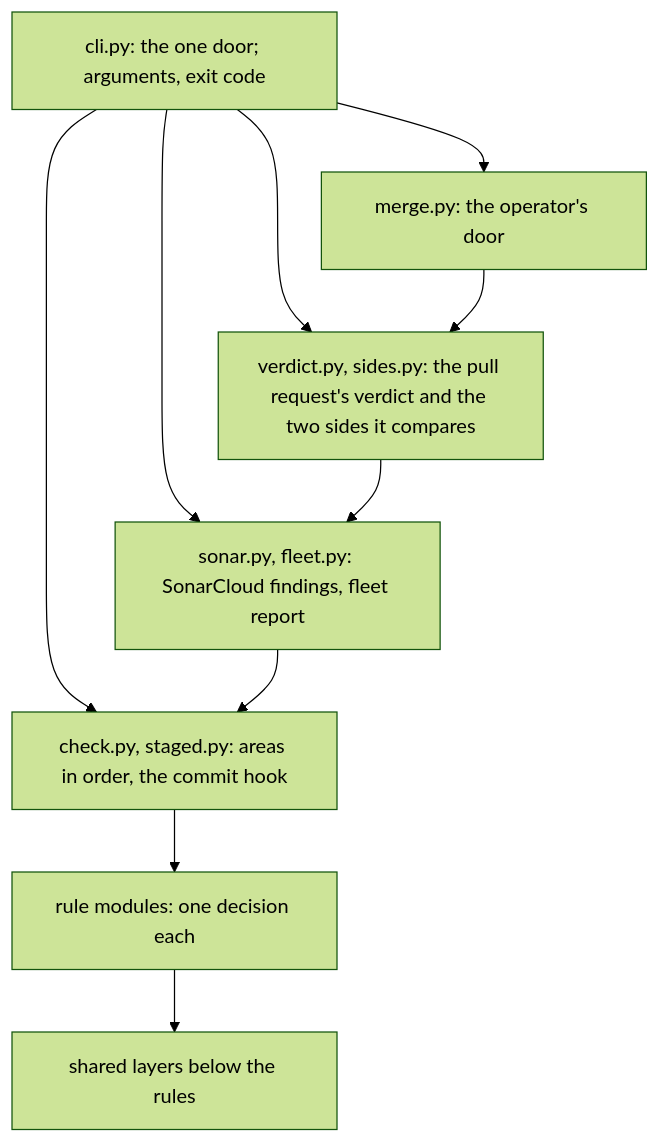
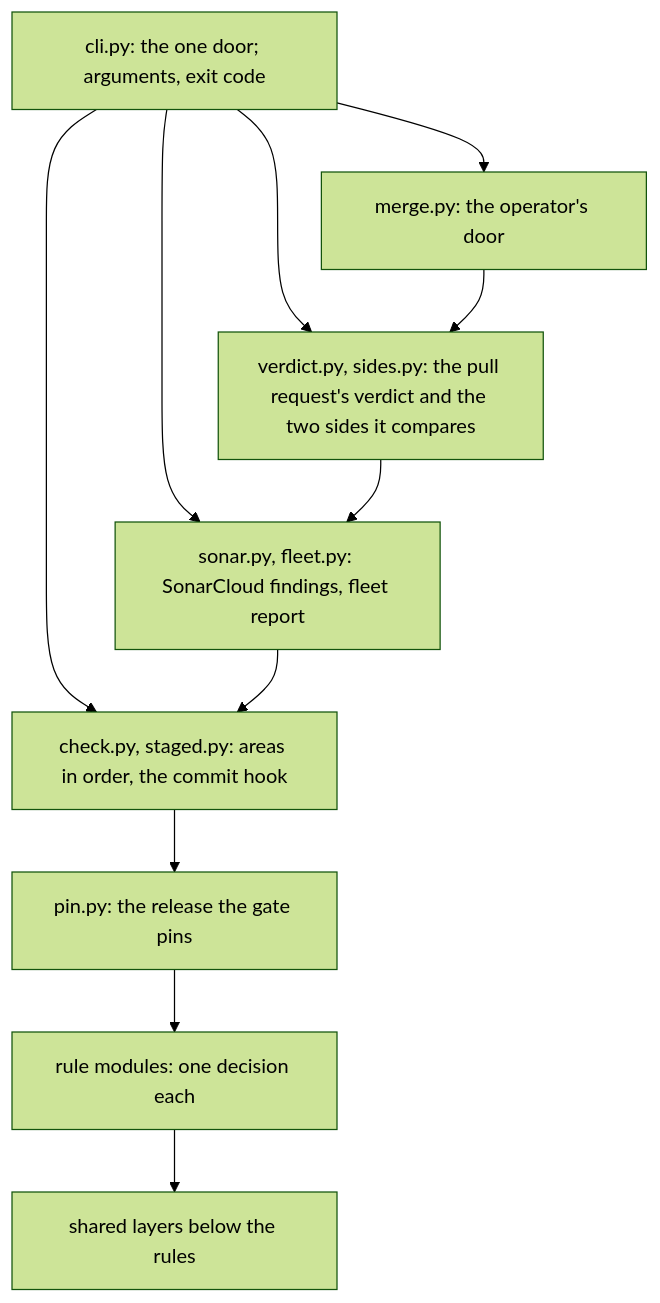
Before and after one commit to overnightworks/quality: the second of 3 diagrams in docs/ARCHITECTURE.md, drawn with Mermaid (forest theme). The commit also changed other lines of this file and 28 other files, not shown here.

First line of the commit message:
Judge a check only at the release the repository's gate pins (#453)

````diff
--- a/docs/ARCHITECTURE.md
+++ b/docs/ARCHITECTURE.md
@@ -41,19 +41,21 @@
 ```mermaid
 flowchart TB
     cli["cli.py: the one door; arguments, exit code"]
     door["merge.py: the operator's door"]
     verdict["verdict.py, sides.py: the pull request's verdict and the two sides it compares"]
     reports["sonar.py, fleet.py: SonarCloud findings, fleet report"]
     check["check.py, staged.py: areas in order, the commit hook"]
+    pin["pin.py: the release the gate pins"]
     rules["rule modules: one decision each"]
     shared["shared layers below the rules"]
     cli --> door
     cli --> verdict
     cli --> reports
     cli --> check
     door --> verdict
     verdict --> reports
     reports --> check
-    check --> rules
+    check --> pin
+    pin --> rules
     rules --> shared
 ```
````
